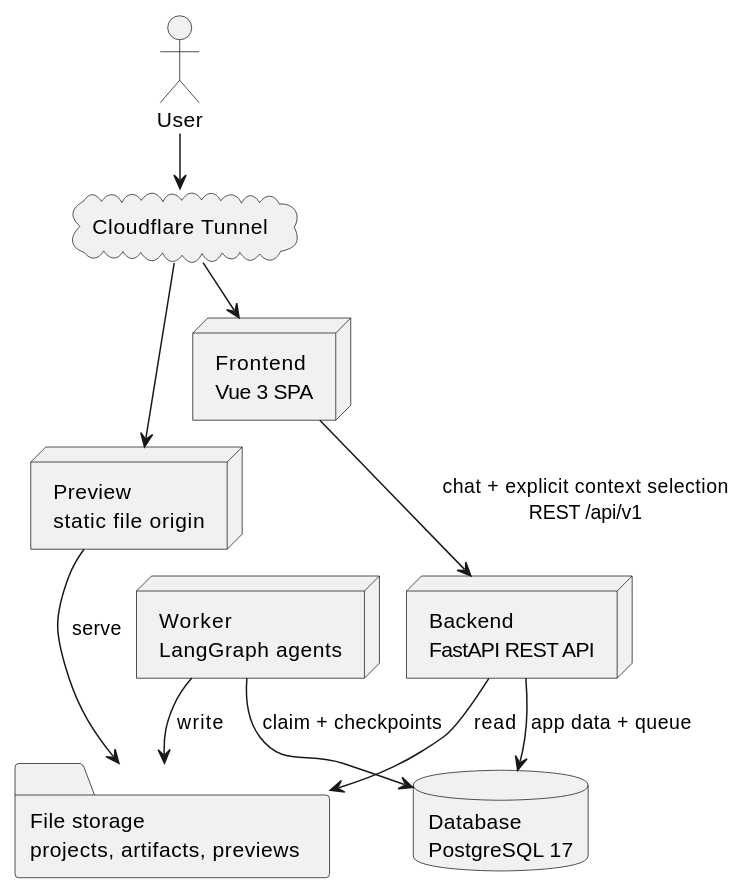
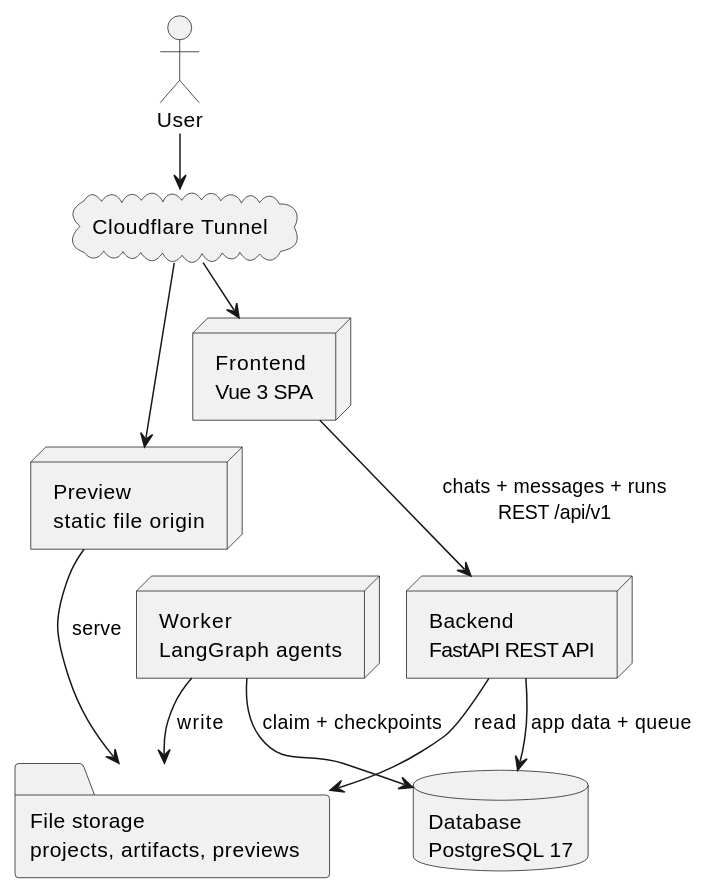
One commit to gdpe-franco/ai-coding-agent-pipeline changed the first of 7 diagrams in docs/architecture.md. Above: the diagram before and after it, drawn with PlantUML. The commit also changed other lines of this file and 58 other files, not shown here.

````diff
--- a/docs/architecture.md
+++ b/docs/architecture.md
@@ -82,25 +81,25 @@
 ```puml
 @startuml
 !pragma layout smetana
 skinparam backgroundColor white
 skinparam shadowing false
 actor User
 node "Frontend\nVue 3 SPA" as frontend
 node "Backend\nFastAPI REST API" as backend
 node "Worker\nLangGraph agents" as worker
 database "Database\nPostgreSQL 17" as db
 folder "File storage\nprojects, artifacts, previews" as storage
 node "Preview\nstatic file origin" as preview
 cloud "Cloudflare Tunnel" as tunnel
 
 User --> tunnel
 tunnel --> frontend
 tunnel --> preview
-frontend --> backend : chat + explicit context selection\nREST /api/v1
+frontend --> backend : chats + messages + runs\nREST /api/v1
 backend --> db : app data + queue
 backend --> storage : read
 worker --> db : claim + checkpoints
 worker --> storage : write
 preview --> storage : serve
 @enduml
 ```
````
